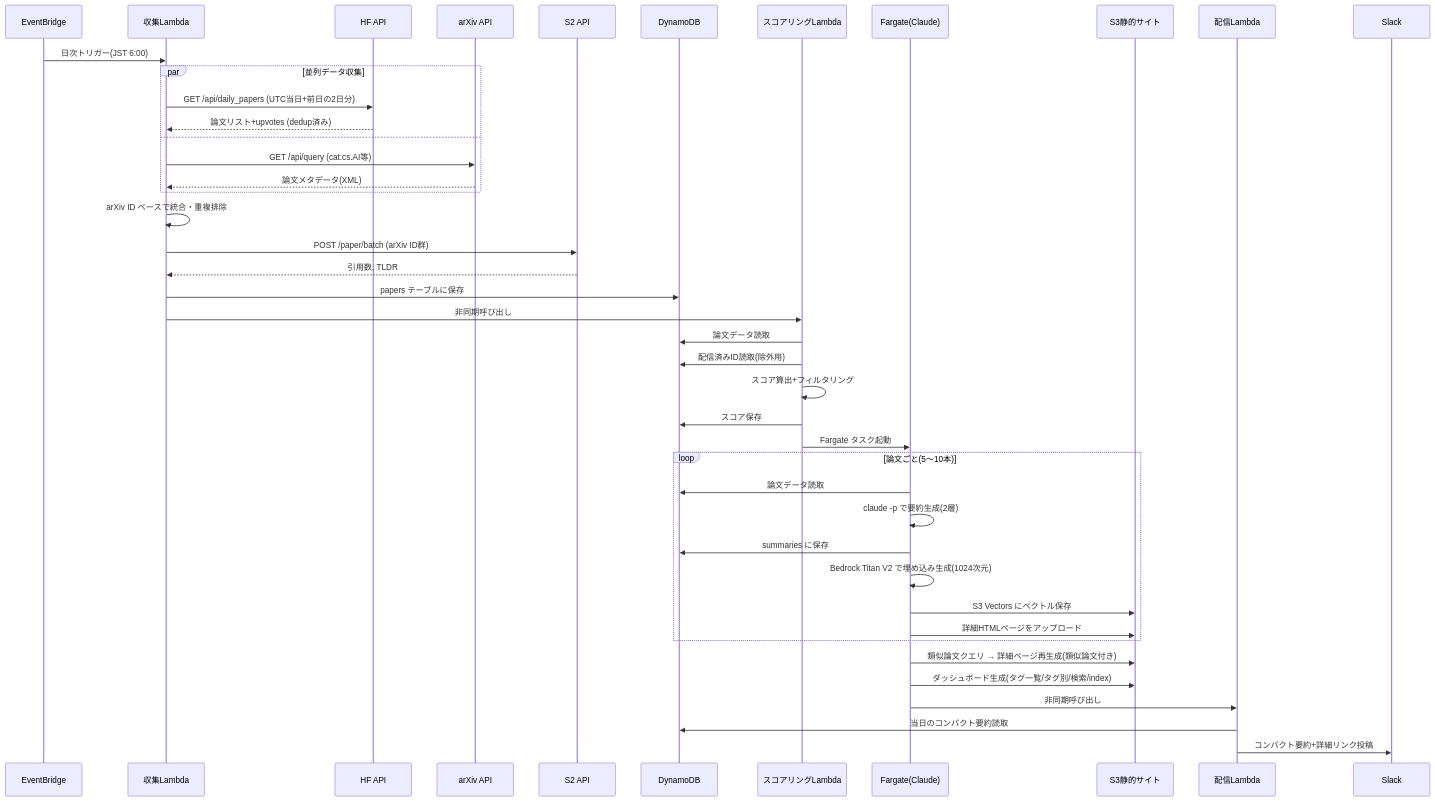
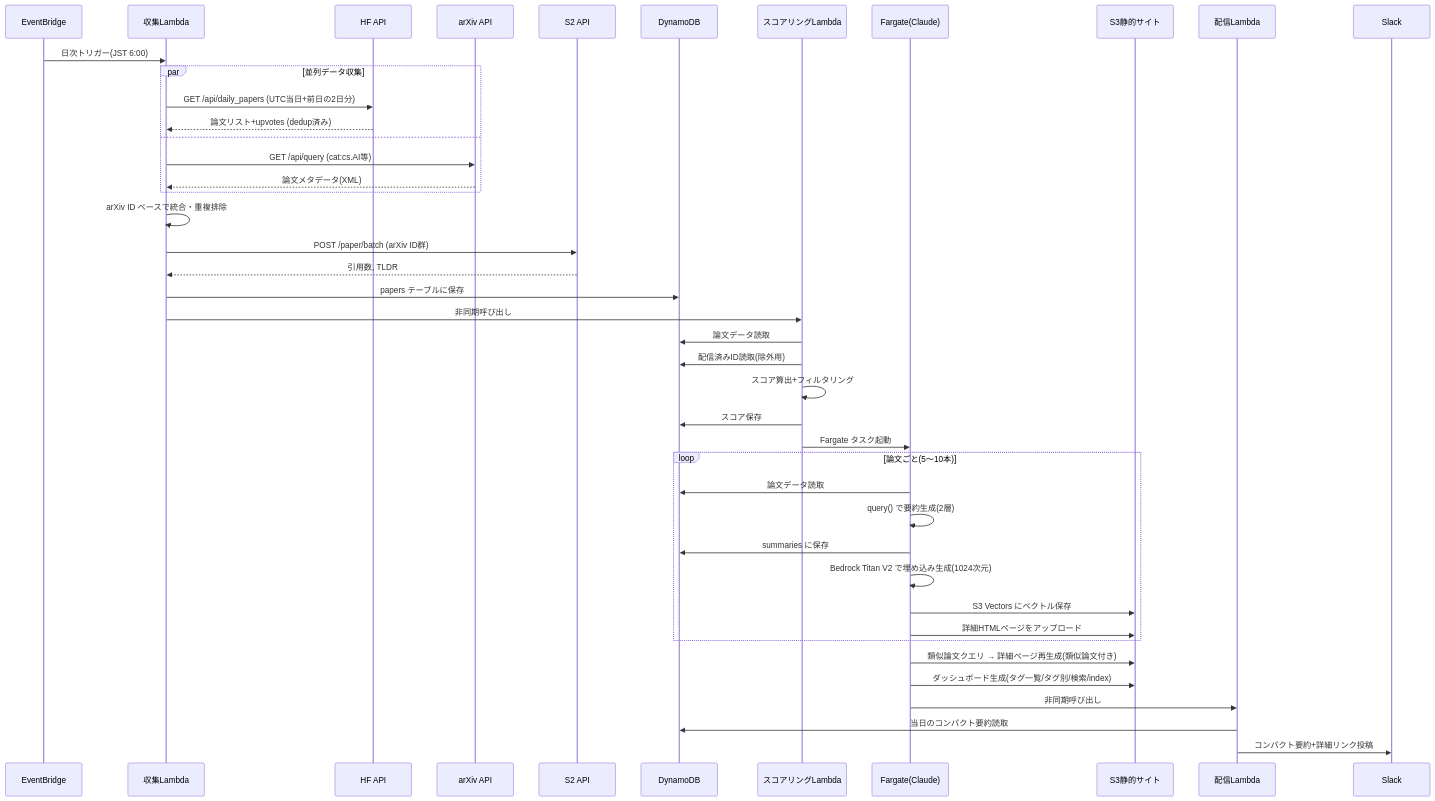
Before and after one commit to Shintaro-Abe/ai-papers-digest: the third of 8 diagrams in docs/functional-design.md, drawn with Mermaid. The commit also changed other lines of this file and 23 other files, not shown here.

````diff
--- a/docs/functional-design.md
+++ b/docs/functional-design.md
@@ -103,52 +103,52 @@
 ```mermaid
 sequenceDiagram
     participant EB as EventBridge
     participant L1 as 収集Lambda
     participant HF as HF API
     participant AR as arXiv API
     participant SS as S2 API
     participant DDB as DynamoDB
     participant L2 as スコアリングLambda
     participant ECS as Fargate(Claude)
     participant S3 as S3静的サイト
     participant L3 as 配信Lambda
     participant SL as Slack
 
     EB->>L1: 日次トリガー(JST 6:00)
 
     par 並列データ収集
         L1->>HF: GET /api/daily_papers (UTC当日+前日の2日分)
         HF-->>L1: 論文リスト+upvotes (dedup済み)
     and
         L1->>AR: GET /api/query (cat:cs.AI等)
         AR-->>L1: 論文メタデータ(XML)
     end
 
     L1->>L1: arXiv ID ベースで統合・重複排除
     L1->>SS: POST /paper/batch (arXiv ID群)
     SS-->>L1: 引用数, TLDR
 
     L1->>DDB: papers テーブルに保存
     L1->>L2: 非同期呼び出し
 
     L2->>DDB: 論文データ読取
     L2->>DDB: 配信済みID読取(除外用)
     L2->>L2: スコア算出+フィルタリング
     L2->>DDB: スコア保存
     L2->>ECS: Fargate タスク起動
 
     loop 論文ごと(5〜10本)
         ECS->>DDB: 論文データ読取
-        ECS->>ECS: claude -p で要約生成(2層)
+        ECS->>ECS: query() で要約生成(2層)
         ECS->>DDB: summaries に保存
         ECS->>ECS: Bedrock Titan V2 で埋め込み生成(1024次元)
         ECS->>S3: S3 Vectors にベクトル保存
         ECS->>S3: 詳細HTMLページをアップロード
     end
 
     ECS->>S3: 類似論文クエリ → 詳細ページ再生成(類似論文付き)
     ECS->>S3: ダッシュボード生成(タグ一覧/タグ別/検索/index)
     ECS->>L3: 非同期呼び出し
     L3->>DDB: 当日のコンパクト要約読取
     L3->>SL: コンパクト要約+詳細リンク投稿
 ```
````
